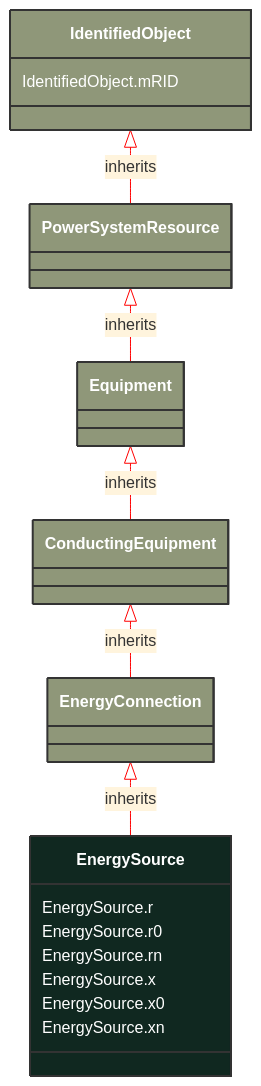
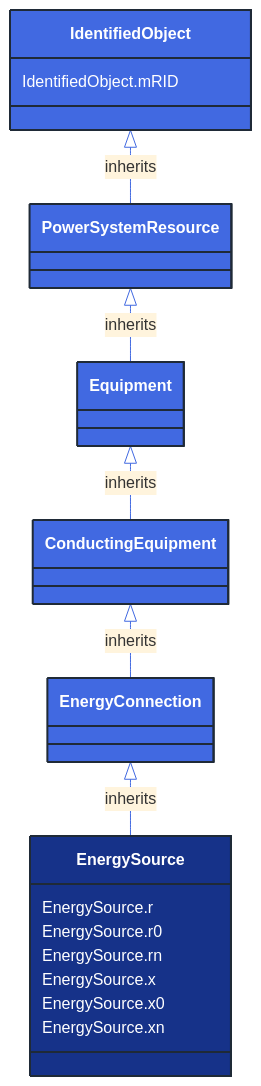
Before and after one commit to 3lbits/NoCIMExtensions: the diagram in docs/Models/Profiles/ShortCircuit/ConcreteClasses/EnergySource.md, drawn with Mermaid. The commit also changed 362 other files, not shown here.

First line of the commit message:
Update diagrams and styles for improved visual consistency

````diff
--- a/docs/Models/Profiles/ShortCircuit/ConcreteClasses/EnergySource.md
+++ b/docs/Models/Profiles/ShortCircuit/ConcreteClasses/EnergySource.md
@@ -8,37 +8,37 @@
 ```mermaid
-%%{init: {'theme':'base','themeVariables': {'lineColor': '#FF0000'}}}%%
+%%{init: {'theme':'base','themeVariables': {'lineColor': '#4169E1'}}}%%
 classDiagram
     class EnergySource
     click EnergySource href "/Models/Profiles/ShortCircuit/ConcreteClasses/EnergySource/"
-    style EnergySource fill:#102820,stroke:#333,stroke-width:2px,rx:10,ry:10,color:white
+    style EnergySource fill:#163289,stroke:#1F2A37,stroke-width:2px,rx:10,ry:10,color:white
      
         EnergyConnection <|-- EnergySource : inherits
             click EnergyConnection href "/Models/Profiles/ShortCircuit/AbstractClasses/EnergyConnection/"
-            style EnergyConnection fill:#8F9779,stroke:#333,stroke-width:2px,rx:10,ry:10,color:white
+            style EnergyConnection fill:#4169E1,stroke:#1F2A37,stroke-width:2px,rx:10,ry:10,color:white
      
         ConductingEquipment <|-- EnergyConnection : inherits
             click ConductingEquipment href "/Models/Profiles/ShortCircuit/AbstractClasses/ConductingEquipment/"
-            style ConductingEquipment fill:#8F9779,stroke:#333,stroke-width:2px,rx:10,ry:10,color:white
+            style ConductingEquipment fill:#4169E1,stroke:#1F2A37,stroke-width:2px,rx:10,ry:10,color:white
      
         Equipment <|-- ConductingEquipment : inherits
             click Equipment href "/Models/Profiles/ShortCircuit/AbstractClasses/Equipment/"
-            style Equipment fill:#8F9779,stroke:#333,stroke-width:2px,rx:10,ry:10,color:white
+            style Equipment fill:#4169E1,stroke:#1F2A37,stroke-width:2px,rx:10,ry:10,color:white
      
         PowerSystemResource <|-- Equipment : inherits
             click PowerSystemResource href "/Models/Profiles/ShortCircuit/AbstractClasses/PowerSystemResource/"
-            style PowerSystemResource fill:#8F9779,stroke:#333,stroke-width:2px,rx:10,ry:10,color:white
+            style PowerSystemResource fill:#4169E1,stroke:#1F2A37,stroke-width:2px,rx:10,ry:10,color:white
      
         IdentifiedObject <|-- PowerSystemResource : inherits
             click IdentifiedObject href "/Models/Profiles/ShortCircuit/AbstractClasses/IdentifiedObject/"
-            style IdentifiedObject fill:#8F9779,stroke:#333,stroke-width:2px,rx:10,ry:10,color:white
+            style IdentifiedObject fill:#4169E1,stroke:#1F2A37,stroke-width:2px,rx:10,ry:10,color:white
 
 
 
         EnergySource : EnergySource.r
         EnergySource : EnergySource.r0
         EnergySource : EnergySource.rn
         EnergySource : EnergySource.x
         EnergySource : EnergySource.x0
         EnergySource : EnergySource.xn
         IdentifiedObject : IdentifiedObject.mRID
 ```
````
